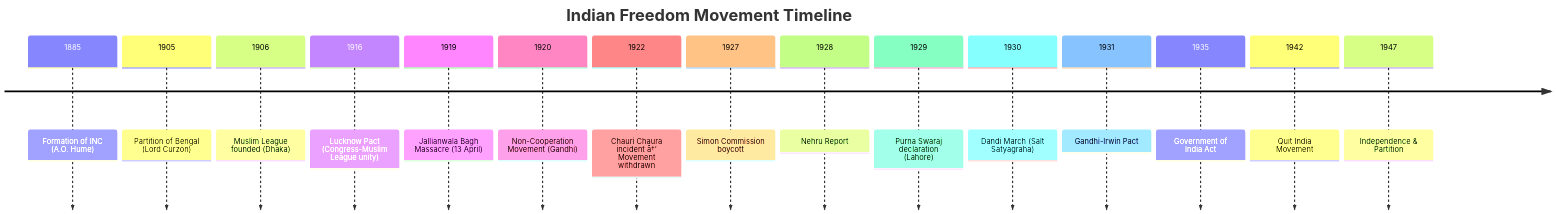
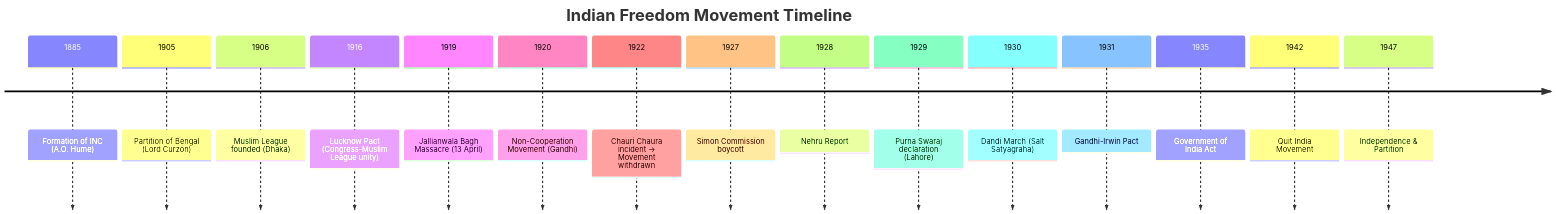
One commit to Raushan666java/ai-engineering-journey changed the fifth of 6 diagrams in docs/courses/general-awareness/03-indian-history.md. Above: the diagram before and after it, drawn with Mermaid. The commit also changed other lines of this file and 965 other files, not shown here.

````diff
--- a/docs/courses/general-awareness/03-indian-history.md
+++ b/docs/courses/general-awareness/03-indian-history.md
@@ -256,19 +256,19 @@
 ```mermaid
 timeline
     title Indian Freedom Movement Timeline
     1885 : Formation of INC (A.O. Hume)
     1905 : Partition of Bengal (Lord Curzon)
     1906 : Muslim League founded (Dhaka)
     1916 : Lucknow Pact (Congress-Muslim League unity)
     1919 : Jallianwala Bagh Massacre (13 April)
     1920 : Non-Cooperation Movement (Gandhi)
-    1922 : Chauri Chaura incident â†’ Movement withdrawn
+    1922 : Chauri Chaura incident → Movement withdrawn
     1927 : Simon Commission boycott
     1928 : Nehru Report
     1929 : Purna Swaraj declaration (Lahore)
     1930 : Dandi March (Salt Satyagraha)
     1931 : Gandhi-Irwin Pact
     1935 : Government of India Act
     1942 : Quit India Movement
     1947 : Independence & Partition
 ```
````
